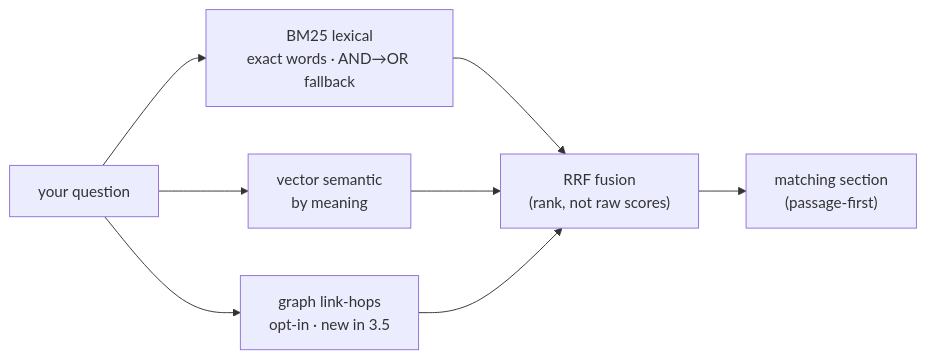
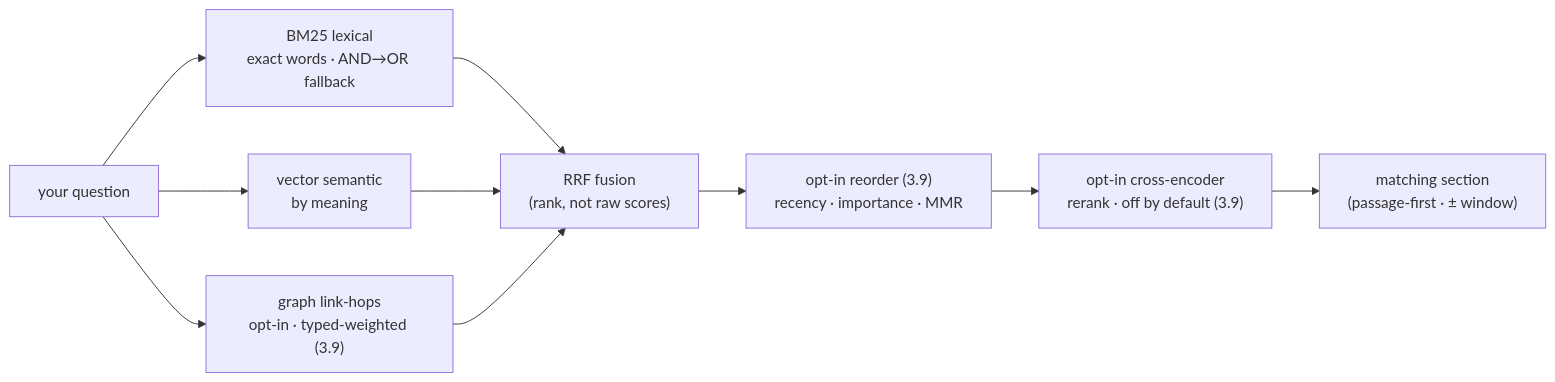
Before and after one commit to Vahlame/create-vkm-kit: the second of 9 diagrams in docs/en/how-it-works.md, drawn with Mermaid. The commit also changed other lines of this file and 2 other files, not shown here.

Commit message:
docs(how-it-works): show 3.9 retrieval stages in the diagram (ES/EN)
The retrieval-stack Mermaid in how-it-works/cómo-funciona only showed
lexical + semantic + graph → RRF → passage. It now also shows the 3.9 opt-in,
off-by-default post-fusion stages — reorder (recency · importance · MMR) and the
cross-encoder reranker — plus a sentence explaining the reranker is the precision
lever (reads query + passage together) and needs a strong, language-matched model.
Docs-only; markers stay at 3.9.1.

````diff
--- a/docs/en/how-it-works.md
+++ b/docs/en/how-it-works.md
@@ -140,10 +140,12 @@
 ```mermaid
 flowchart LR
   Q["your question"] --> L["BM25 lexical<br/>exact words · AND→OR fallback"]
   Q --> S["vector semantic<br/>by meaning"]
-  Q --> G["graph link-hops<br/>opt-in · new in 3.5"]
+  Q --> G["graph link-hops<br/>opt-in · typed-weighted (3.9)"]
   L --> F["RRF fusion<br/>(rank, not raw scores)"]
   S --> F
   G --> F
-  F --> P["matching section<br/>(passage-first)"]
+  F --> B["opt-in reorder (3.9)<br/>recency · importance · MMR"]
+  B --> R["opt-in cross-encoder<br/>rerank · off by default (3.9)"]
+  R --> P["matching section<br/>(passage-first · ± window)"]
 ```
````
